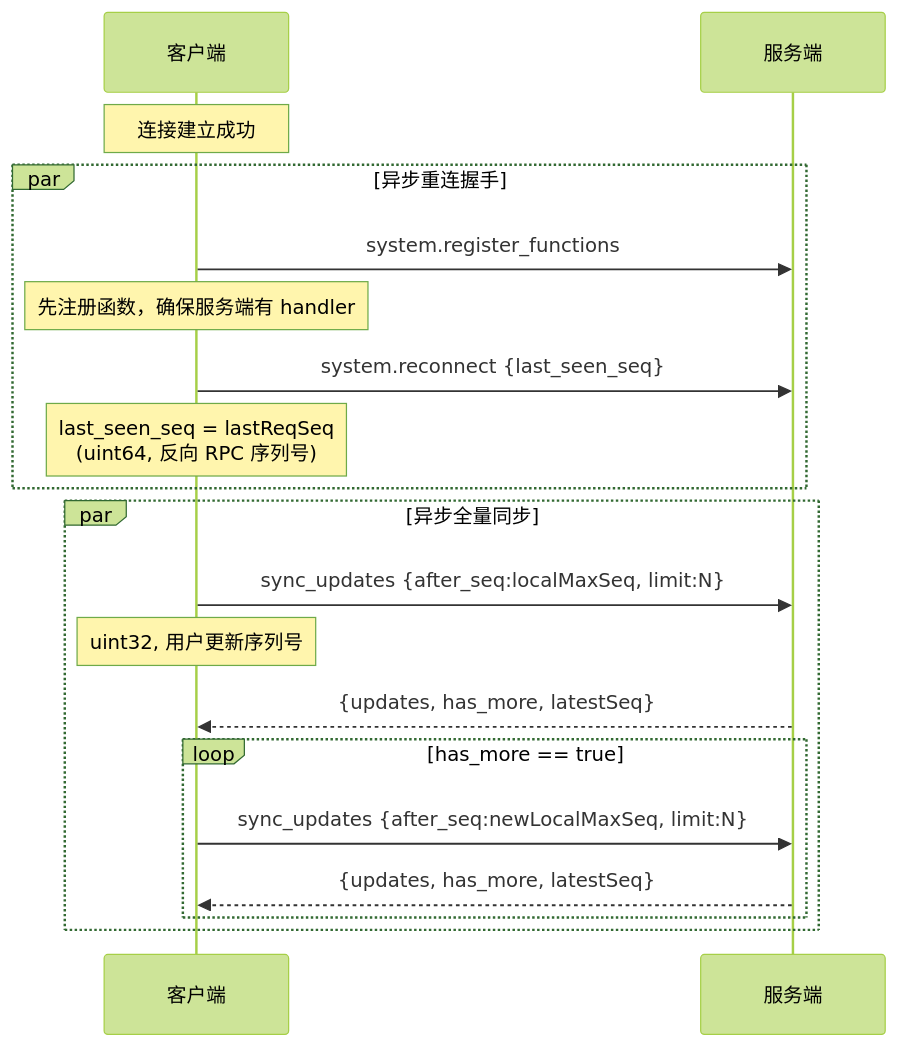
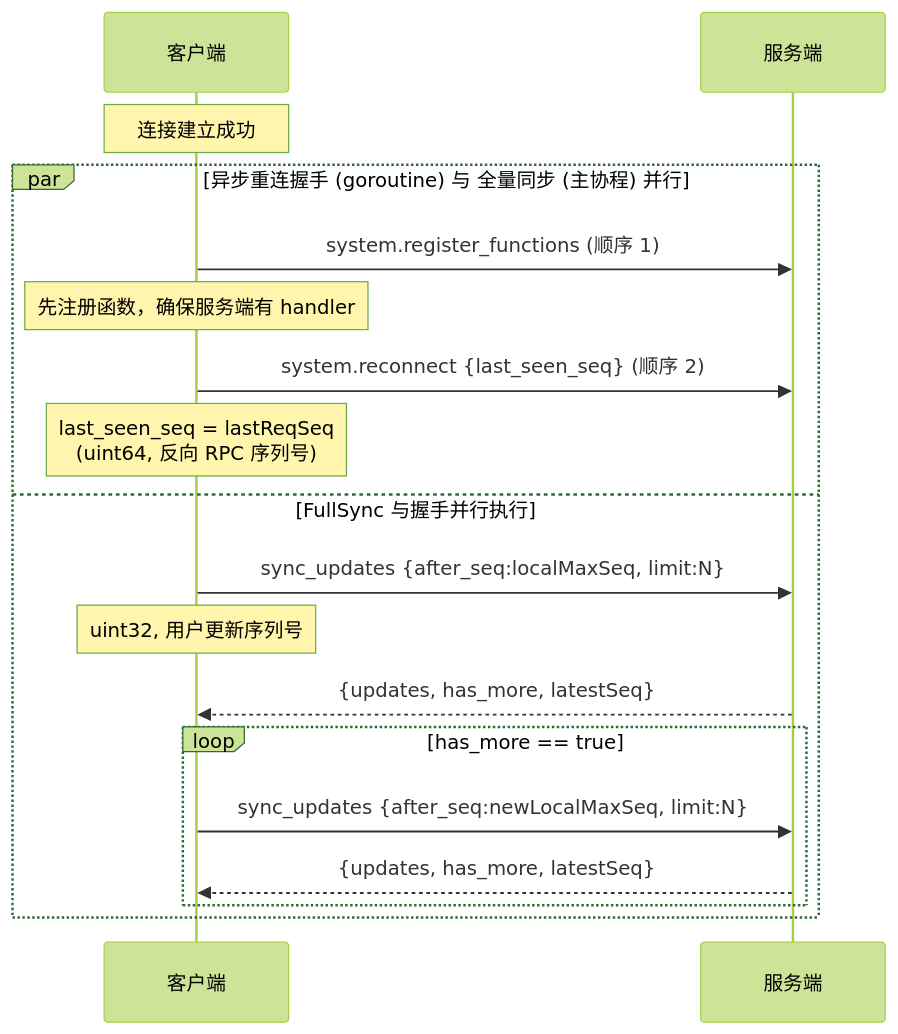
One commit to PineappleBond/xyncra-server changed the fifth of 9 diagrams in wiki/flows/reconnection.md. Above: the diagram before and after it, drawn with Mermaid (forest theme). The commit also changed other lines of this file and 12 other files, not shown here.

Commit message:
docs(wiki): accuracy improvements across flow documents

````diff
--- a/wiki/flows/reconnection.md
+++ b/wiki/flows/reconnection.md
@@ -321,25 +321,23 @@
 ```mermaid
 sequenceDiagram
     participant C as 客户端
     participant S as 服务端
 
     Note over C: 连接建立成功
 
-    par 异步重连握手
-        C->>S: system.register_functions
+    par 异步重连握手 (goroutine) 与 全量同步 (主协程) 并行
+        C->>S: system.register_functions (顺序 1)
         Note over C: 先注册函数，确保服务端有 handler
 
-        C->>S: system.reconnect {last_seen_seq}
+        C->>S: system.reconnect {last_seen_seq} (顺序 2)
         Note over C: last_seen_seq = lastReqSeq<br/>(uint64, 反向 RPC 序列号)
-    end
-
-    par 异步全量同步
+    and FullSync 与握手并行执行
         C->>S: sync_updates {after_seq:localMaxSeq, limit:N}
         Note over C: uint32, 用户更新序列号
         S-->>C: {updates, has_more, latestSeq}
         loop has_more == true
             C->>S: sync_updates {after_seq:newLocalMaxSeq, limit:N}
             S-->>C: {updates, has_more, latestSeq}
         end
     end
 ```
````
